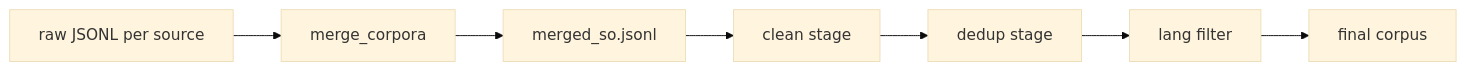
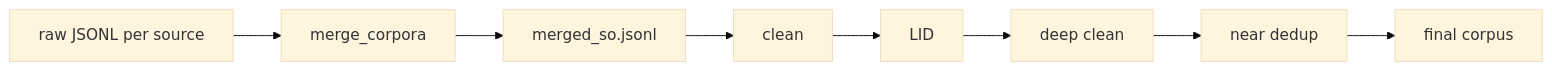
Before and after one commit to goobolabs/SomNLP-Corpus: the diagram in docs/MERGE_SEMANTICS.md, drawn with Mermaid (base theme). The commit also changed other lines of this file and 34 other files, not shown here.

First line of the commit message:
feat: v0.2 deep_clean pipeline and corpus documentation

````diff
--- a/docs/MERGE_SEMANTICS.md
+++ b/docs/MERGE_SEMANTICS.md
@@ -105,16 +105,18 @@
 ```mermaid
 flowchart LR
   raw[raw JSONL per source]
   merge[merge_corpora]
   merged[merged_so.jsonl]
-  clean[clean stage]
-  dedup[dedup stage]
-  filter[lang filter]
+  clean[clean]
+  lid[LID]
+  deep[deep clean]
+  near[near dedup]
   final[final corpus]
 
   raw --> merge --> merged
   merged --> clean
-  clean --> dedup
-  dedup --> filter
-  filter --> final
+  clean --> lid
+  lid --> deep
+  deep --> near
+  near --> final
 ```
````
